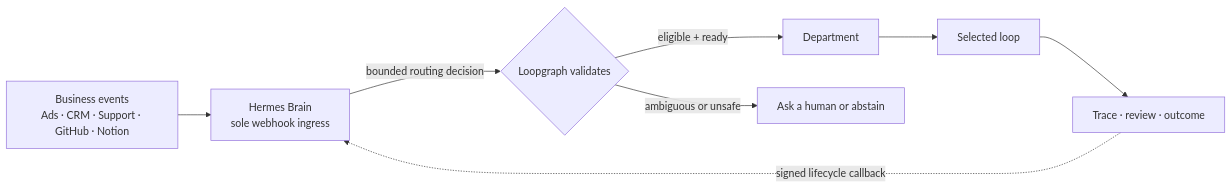
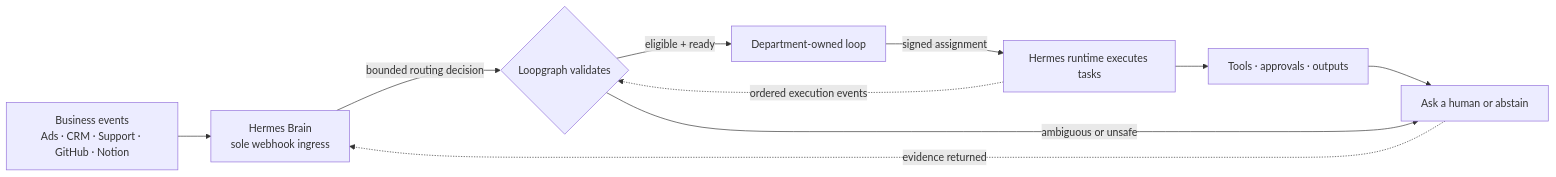
One commit to mrrkrieg/loopgraph changed the diagram in README.md. Above: the diagram before and after it, drawn with Mermaid. The commit also changed other lines of this file and 42 other files, not shown here.

Commit message:
Add Hermes enterprise execution operations

````diff
--- a/README.md
+++ b/README.md
@@ -40,10 +41,12 @@
 ```mermaid
 flowchart LR
     A["Business events<br/>Ads · CRM · Support · GitHub · Notion"] --> B["Hermes Brain<br/>sole webhook ingress"]
     B -->|"bounded routing decision"| C{"Loopgraph validates"}
-    C -->|"eligible + ready"| D["Department"]
-    D --> E["Selected loop"]
-    E --> F["Trace · review · outcome"]
-    F -. "signed lifecycle callback" .-> B
+    C -->|"eligible + ready"| D["Department-owned loop"]
+    D -->|"signed assignment"| E["Hermes runtime executes tasks"]
+    E --> F["Tools · approvals · outputs"]
+    F --> G["Observed outcome"]
+    E -. "ordered execution events" .-> C
+    G -. "evidence returned" .-> B
     C -->|"ambiguous or unsafe"| G["Ask a human or abstain"]
 ```
````
